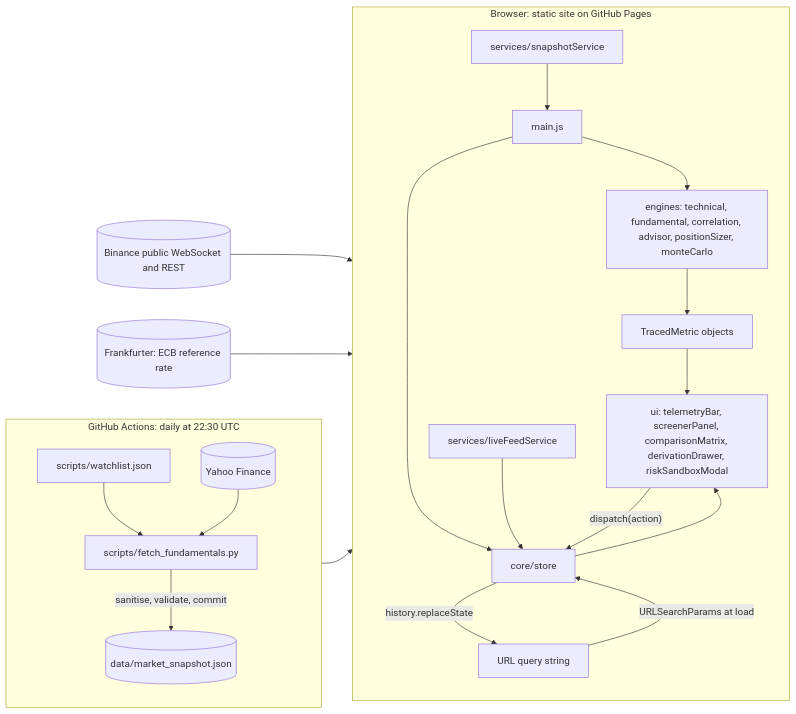
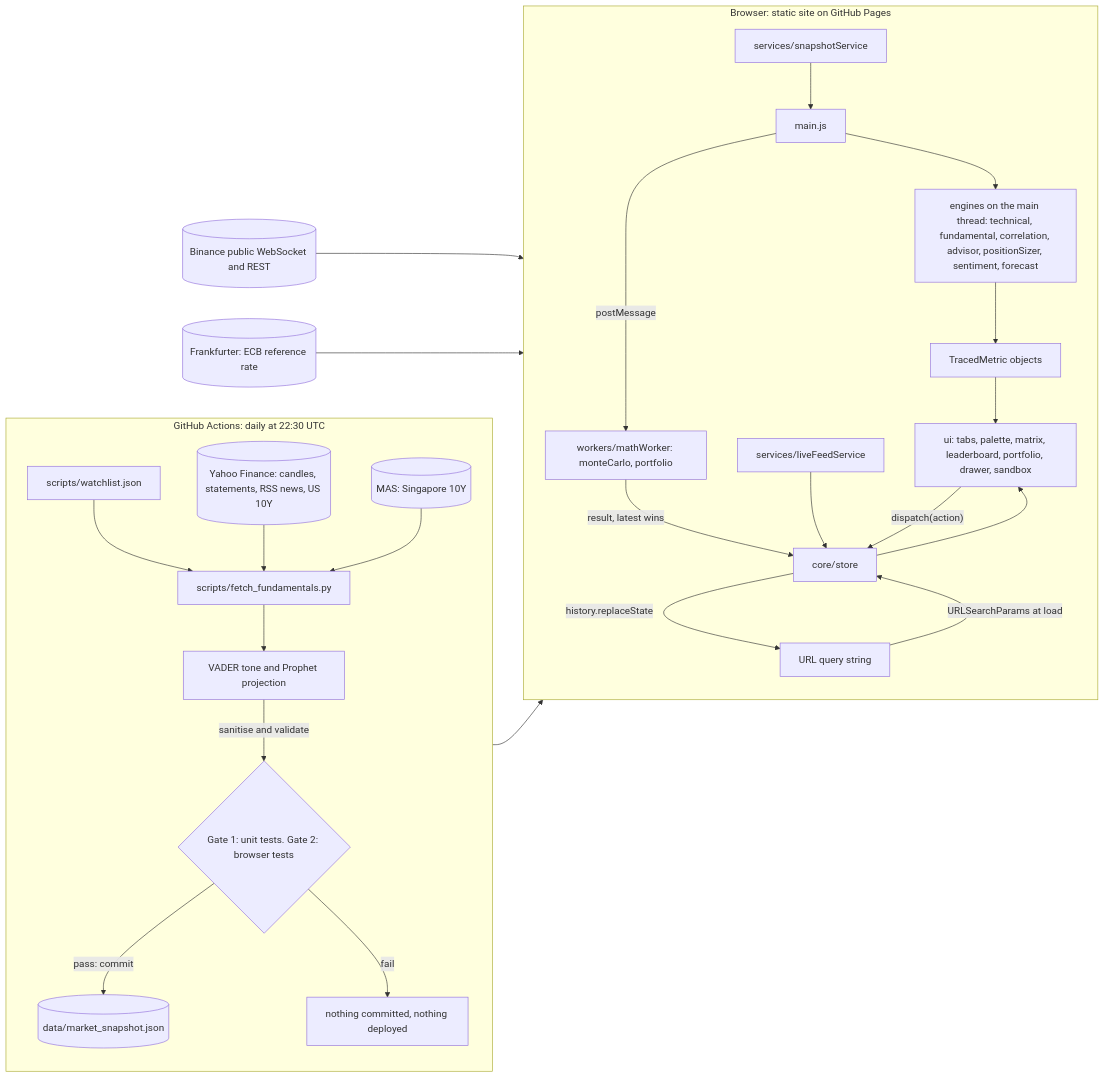
The first of 5 diagrams in README.md (myc208/quantlens), drawn with Mermaid before and after one commit. The commit also changed other lines of this file and 20 other files, not shown here.

Commit message:
feat: V2 UI, Portfolio Sandbox, Command Palette, and README

````diff
--- a/README.md
+++ b/README.md
@@ -74,27 +99,32 @@
 ```mermaid
 flowchart LR
   subgraph CI["GitHub Actions: daily at 22:30 UTC"]
     direction TB
     WL["scripts/watchlist.json"] --> PY["scripts/fetch_fundamentals.py"]
-    YF[("Yahoo Finance")] --> PY
-    PY -->|"sanitise, validate, commit"| SNAP[("data/market_snapshot.json")]
+    YF[("Yahoo Finance: candles, statements, RSS news, US 10Y")] --> PY
+    MAS[("MAS: Singapore 10Y")] --> PY
+    PY --> ML["VADER tone and Prophet projection"]
+    ML -->|"sanitise and validate"| GATE{"Gate 1: unit tests. Gate 2: browser tests"}
+    GATE -->|"pass: commit"| SNAP[("data/market_snapshot.json")]
+    GATE -->|"fail"| KEEP["nothing committed, nothing deployed"]
   end
 
   subgraph WEB["Browser: static site on GitHub Pages"]
     direction TB
     SS["services/snapshotService"] --> MAIN["main.js"]
-    MAIN --> ENG["engines: technical, fundamental, correlation, advisor, positionSizer, monteCarlo"]
+    MAIN --> ENG["engines on the main thread: technical, fundamental, correlation, advisor, positionSizer, sentiment, forecast"]
+    MAIN -->|"postMessage"| WK["workers/mathWorker: monteCarlo, portfolio"]
+    WK -->|"result, latest wins"| STORE["core/store"]
     ENG --> TM["TracedMetric objects"]
-    MAIN --> STORE["core/store"]
     LIVE["services/liveFeedService"] --> STORE
-    STORE --> UI["ui: telemetryBar, screenerPanel, comparisonMatrix, derivationDrawer, riskSandboxModal"]
+    STORE --> UI["ui: tabs, palette, matrix, leaderboard, portfolio, drawer, sandbox"]
     TM --> UI
     UI -->|"dispatch(action)"| STORE
     STORE -->|"history.replaceState"| URL["URL query string"]
     URL -->|"URLSearchParams at load"| STORE
   end
 
   SNAP --> SS
   BIN[("Binance public WebSocket and REST")] --> LIVE
   FX[("Frankfurter: ECB reference rate")] --> LIVE
 ```
````
